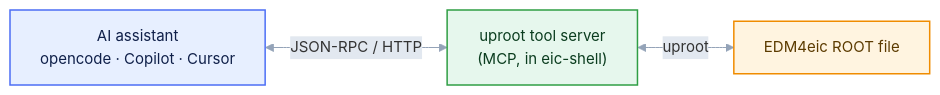
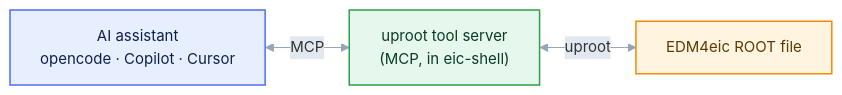
Before and after one commit to eic/tutorial-mcp: the first of 2 diagrams in episodes/03-mcp-servers.md, drawn with Mermaid. The commit also changed other lines of this file and 16 other files, not shown here.

Commit message:
update for eic-mcp inside eic-shell

````diff
--- a/episodes/03-mcp-servers.md
+++ b/episodes/03-mcp-servers.md
@@ -79,11 +74,11 @@
 ```mermaid
 %%{init: {'theme':'base', 'themeVariables': {'fontSize':'15px','lineColor':'#94a3b8','edgeLabelBackground':'#e2e8f0','clusterBkg':'#1f293720','clusterBorder':'#94a3b8','titleColor':'#94a3b8'}}}%%
 flowchart LR
     accTitle: {EIC MCP data tools}
     accDescr: {EIC MCP data tools}
-    A["AI assistant<br/>opencode · Copilot · Cursor"]:::core <-->|"JSON-RPC / HTTP"| S["uproot tool server<br/>(MCP, in eic-shell)"]:::tool
+    A["AI assistant<br/>opencode · Copilot · Cursor"]:::core <-->|"MCP"| S["uproot tool server<br/>(MCP, in eic-shell)"]:::tool
     S <-->|"uproot"| F["EDM4eic ROOT file"]:::data
     classDef core fill:#e7efff,stroke:#4c6ef5,stroke-width:1.5px,color:#10204a;
     classDef tool fill:#e6f7ed,stroke:#2f9e44,stroke-width:1.5px,color:#0b3d1f;
     classDef data fill:#fff4e0,stroke:#f08c00,stroke-width:1.5px,color:#5c3b00;
 ```
````
